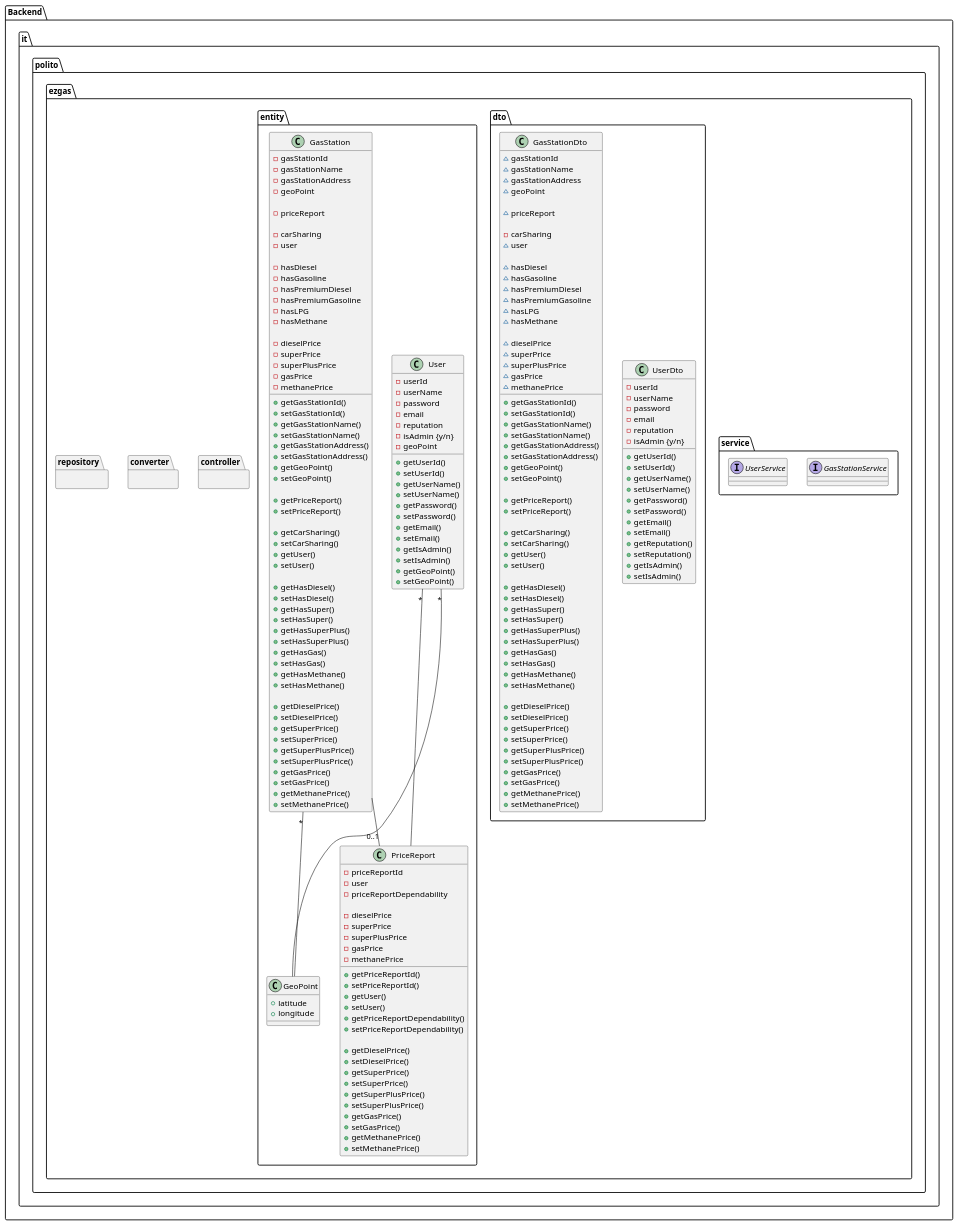
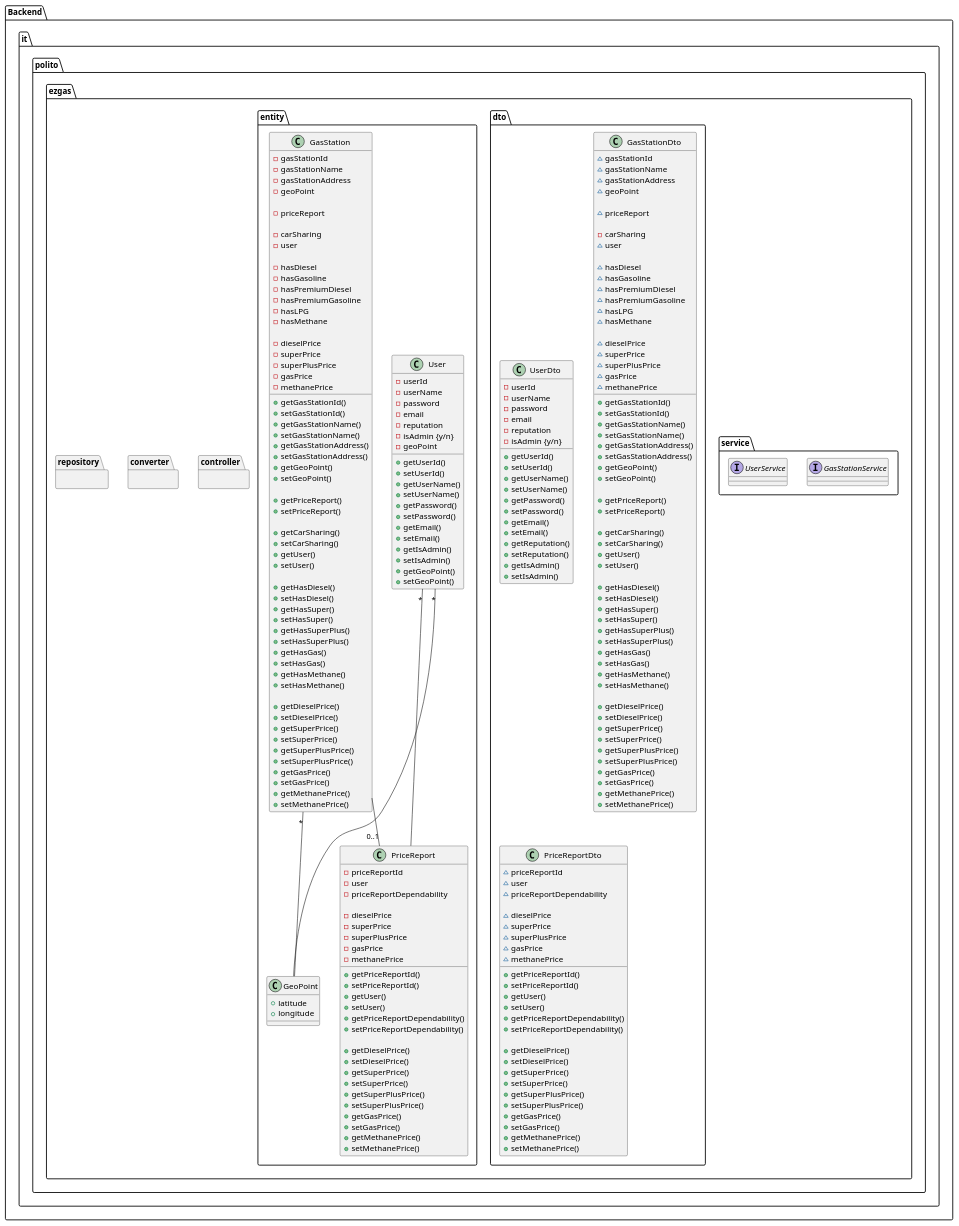
One commit to e-caste/SoftEng-EZGas changed the fourth of 4 diagrams in docs/DesignDocument.md. Above: the diagram before and after it, drawn with PlantUML.

Commit message:
add PriceReportDto class

```diff
--- a/docs/DesignDocument.md
+++ b/docs/DesignDocument.md
@@ -324,7 +324,34 @@
             + setMethanePrice()
         }
         
-        
+        class PriceReportDto {
+         ~ priceReportId
+         ~ user
+         ~ priceReportDependability
+         
+         ~ dieselPrice
+         ~ superPrice
+         ~ superPlusPrice
+         ~ gasPrice
+         ~ methanePrice
+            + getPriceReportId()
+            + setPriceReportId()
+            + getUser()
+            + setUser()
+            + getPriceReportDependability()
+            + setPriceReportDependability()
+
+            + getDieselPrice()
+            + setDieselPrice()
+            + getSuperPrice()
+            + setSuperPrice()
+            + getSuperPlusPrice()
+            + setSuperPlusPrice()
+            + getGasPrice()
+            + setGasPrice()
+            + getMethanePrice()
+            + setMethanePrice()
+        }
     }
     
     package "it.polito.ezgas.entity" {
```
